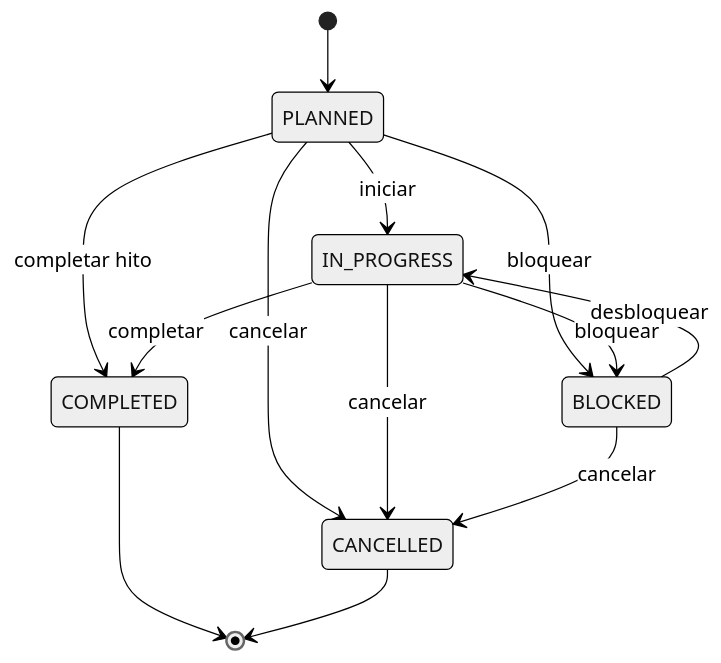
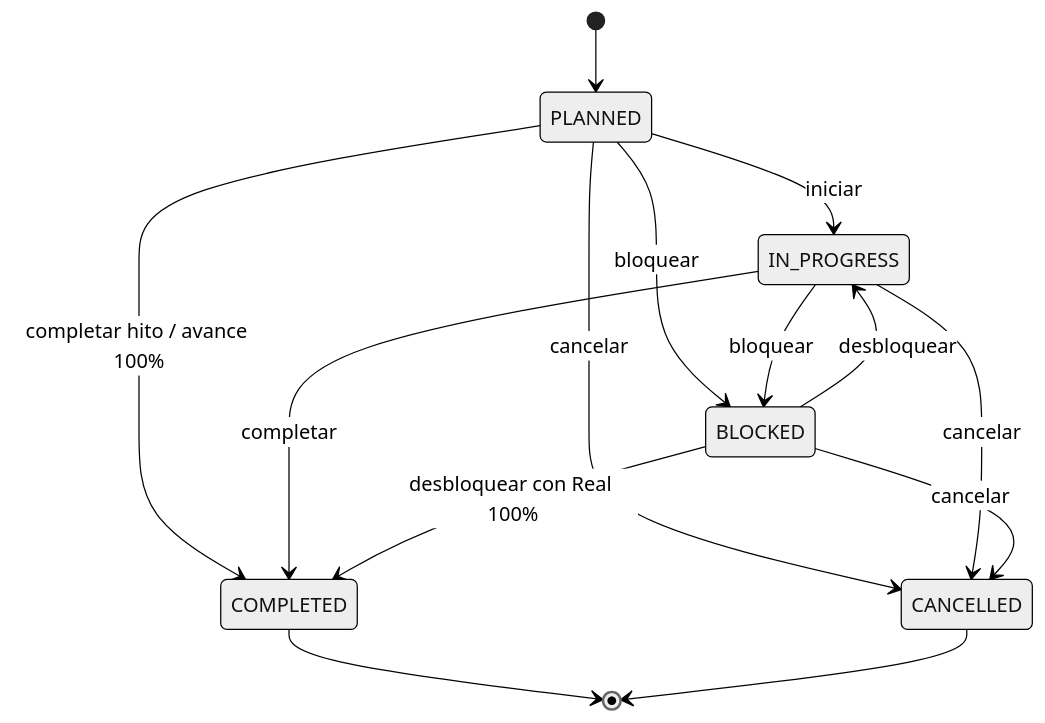
Before and after one commit to simonbravin/bloqer-v2: diagram 30 of 30 in docs/bloqer2.0/01-domain/STATE_MACHINES.md, drawn with Mermaid (neutral theme). The commit also changed other lines of this file and 9 other files, not shown here.

````diff
--- a/docs/bloqer2.0/01-domain/STATE_MACHINES.md
+++ b/docs/bloqer2.0/01-domain/STATE_MACHINES.md
@@ -913,15 +913,16 @@
 ```mermaid
 stateDiagram-v2
   [*] --> PLANNED
   PLANNED --> IN_PROGRESS : iniciar
   PLANNED --> BLOCKED : bloquear
   PLANNED --> CANCELLED : cancelar
-  PLANNED --> COMPLETED : completar hito
+  PLANNED --> COMPLETED : completar hito / avance 100%
   IN_PROGRESS --> COMPLETED : completar
   IN_PROGRESS --> BLOCKED : bloquear
   IN_PROGRESS --> CANCELLED : cancelar
   BLOCKED --> IN_PROGRESS : desbloquear
+  BLOCKED --> COMPLETED : desbloquear con Real 100%
   BLOCKED --> CANCELLED : cancelar
   COMPLETED --> [*]
   CANCELLED --> [*]
 ```
````
